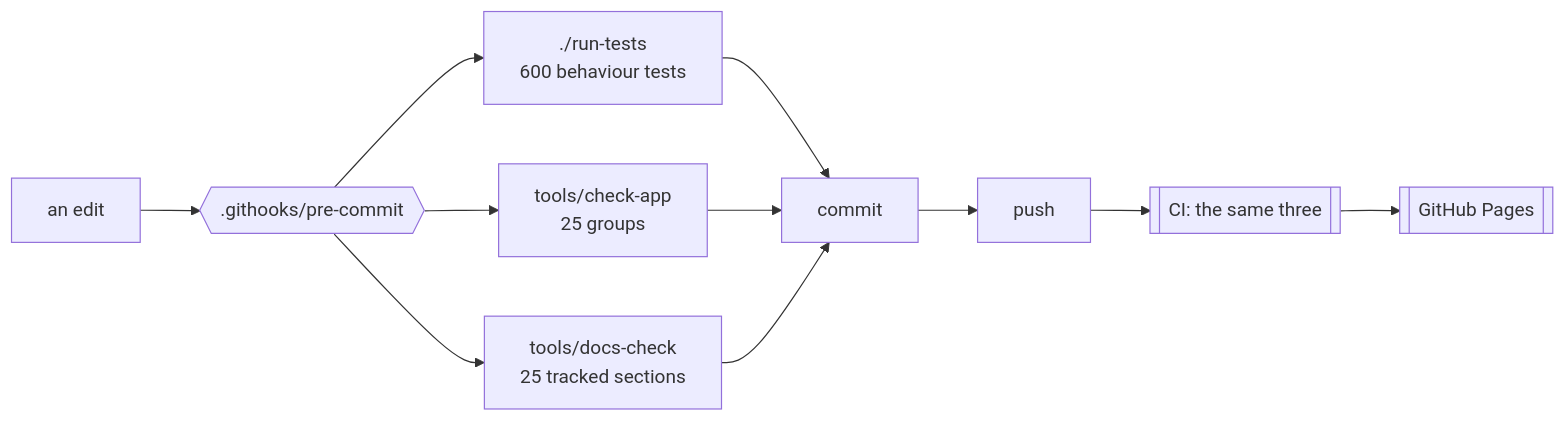
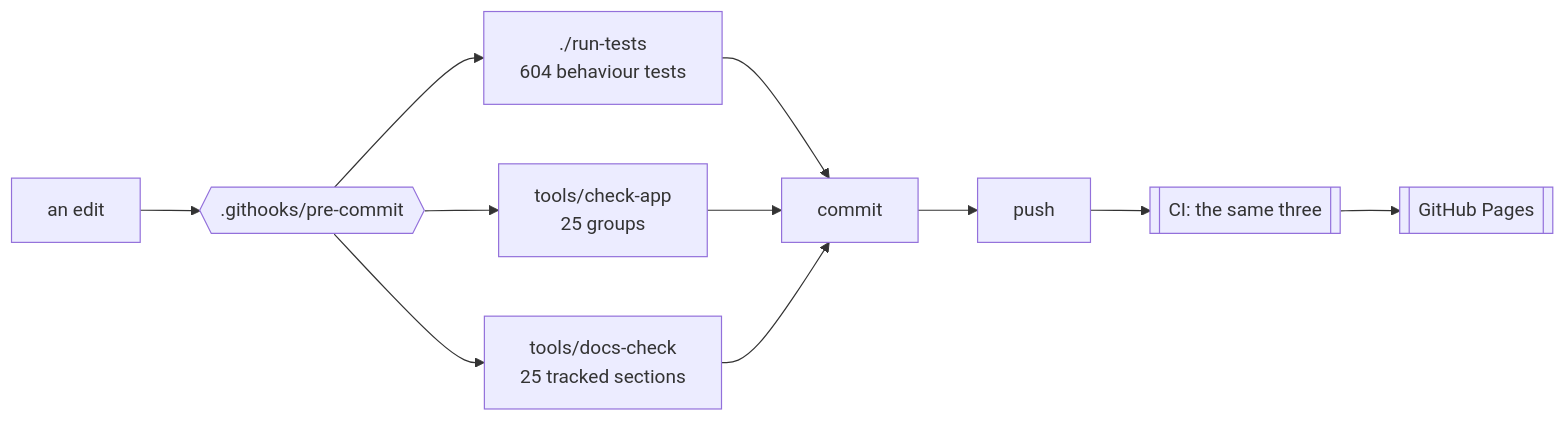
Before and after one commit to minormending/crystal-pilot-mobile: the first of 2 diagrams in docs/DEVELOPING.md, drawn with Mermaid. The commit also changed other lines of this file and 1 other file, not shown here.

````diff
--- a/docs/DEVELOPING.md
+++ b/docs/DEVELOPING.md
@@ -15,12 +15,12 @@
 ```mermaid
 flowchart LR
     E[an edit] --> H{{".githooks/pre-commit"}}
-    H --> T["./run-tests<br/>600 behaviour tests"]
+    H --> T["./run-tests<br/>604 behaviour tests"]
     H --> C["tools/check-app<br/>25 groups"]
     H --> D["tools/docs-check<br/>25 tracked sections"]
     T --> OK[commit]
     C --> OK
     D --> OK
     OK --> P[push] --> CI[["CI: the same three"]]
     CI --> PG[[GitHub Pages]]
 ```
````
